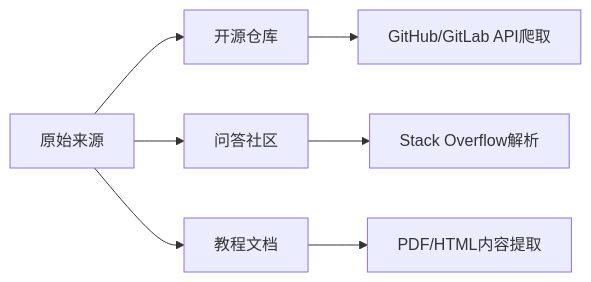
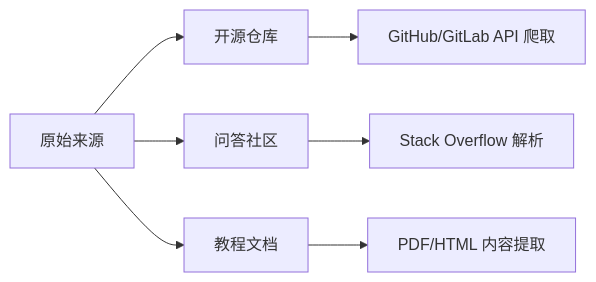
Before and after one commit to Infrasys-AI/aiinfra-docs: the first of 4 diagrams in _sources/06AlgoData07DataEngineer/DataCuration.md, drawn with Mermaid. The commit also changed other lines of this file and 293 other files, not shown here.

````diff
--- a/_sources/06AlgoData07DataEngineer/DataCuration.md
+++ b/_sources/06AlgoData07DataEngineer/DataCuration.md
@@ -17,9 +17,9 @@
 ```mermaid
 graph LR
 A[原始来源] --> B[开源仓库]
 A --> C[问答社区]
 A --> D[教程文档]
-B --> E[GitHub/GitLab API爬取]
-C --> F[Stack Overflow解析]
-D --> G[PDF/HTML内容提取]
+B --> E[GitHub/GitLab API 爬取]
+C --> F[Stack Overflow 解析]
+D --> G[PDF/HTML 内容提取]
 ```
````
